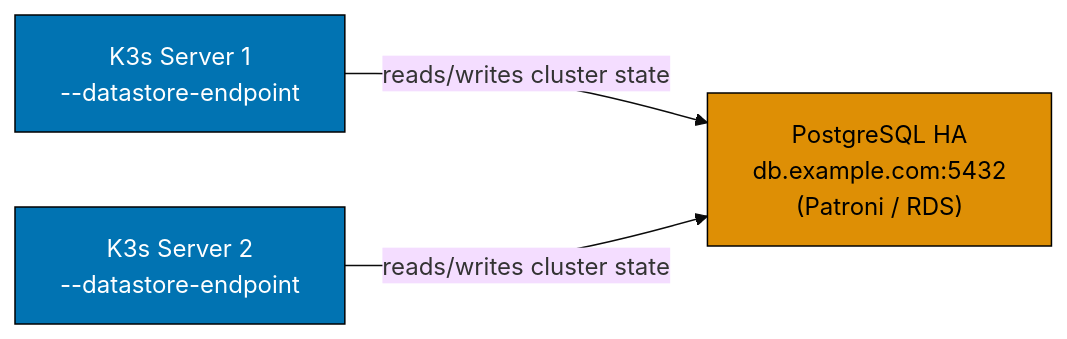
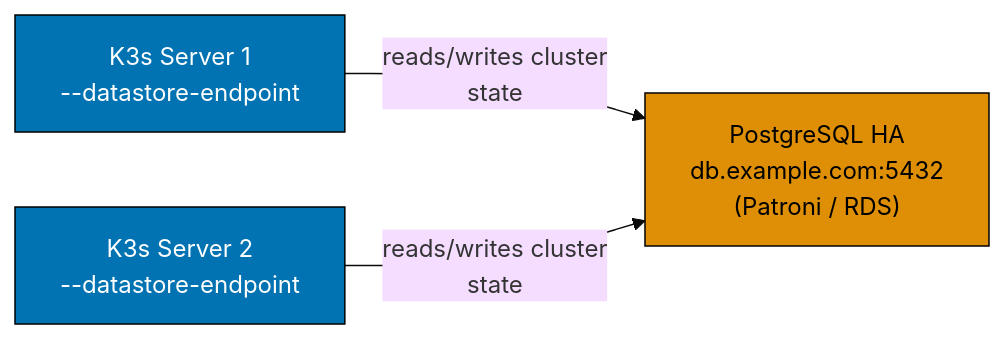
The second of 9 diagrams in apps/ayokoding-www/content/en/learn/legacy/software-engineering/infrastructure/tools/k3s/by-example/intermediate.md (wahidyankf/ose-public), drawn with Mermaid (base theme) before and after one commit. The commit also changed other lines of this file and 131 other files, not shown here.

First line of the commit message:
fix(mermaid): bring the legacy data, infrastructure, and testing diagrams onto the accessible palette

````diff
--- a/apps/ayokoding-www/content/en/learn/legacy/software-engineering/infrastructure/tools/k3s/by-example/intermediate.md
+++ b/apps/ayokoding-www/content/en/learn/legacy/software-engineering/infrastructure/tools/k3s/by-example/intermediate.md
@@ -104,14 +110,19 @@
 ```mermaid
 %% Color Palette: Blue #0173B2, Orange #DE8F05, Teal #029E73, Purple #CC78BC, Brown #CA9161
 graph LR
+    accTitle: Example 30: HA K3s with External PostgreSQL Datastore
+    accDescr: Graph with 4 nodes and 4 connections. Nodes: S1, datastore-endpoint, S2, PostgreSQL HA db.example.com:5432 (Patroni / RDS). Connections: S1 to datastore-endpoint, S2 to datastore-endpoint, S1 to PostgreSQL HA db.example.com:5432 (Patroni / RDS) (reads/writes cluster state), S2 to PostgreSQL HA db.example.com:5432 (Patroni / RDS) (reads/writes cluster state).
     S1["K3s Server 1<br/>--datastore-endpoint"]
     S2["K3s Server 2<br/>--datastore-endpoint"]
     PG["PostgreSQL HA<br/>db.example.com:5432<br/>(Patroni / RDS)"]
 
-    S1 -->|reads/writes cluster state| PG
-    S2 -->|reads/writes cluster state| PG
+    S1 -->|reads/writes cluster<br/>state| PG
+    S2 -->|reads/writes cluster<br/>state| PG
 
-    style S1 fill:#0173B2,stroke:#000,color:#fff
-    style S2 fill:#0173B2,stroke:#000,color:#fff
-    style PG fill:#DE8F05,stroke:#000,color:#000
+    classDef pal-0173B2 fill:#0173B2,stroke:#000000,color:#FFFFFF
+    class S1 pal-0173B2
+    class S2 pal-0173B2
+    classDef pal-DE8F05 fill:#DE8F05,stroke:#000000,color:#000000
+    class PG pal-DE8F05
+    classDef default fill:#FFFFFF,stroke:#000000,color:#000000
 ```
````
